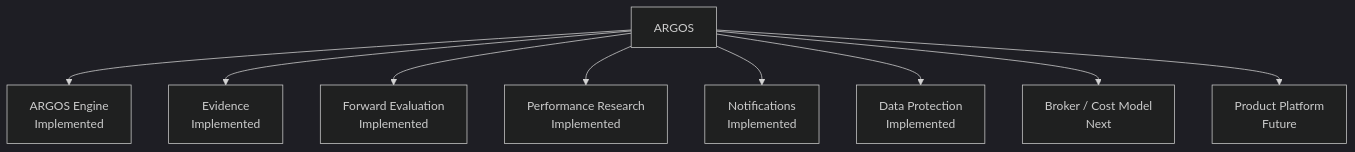
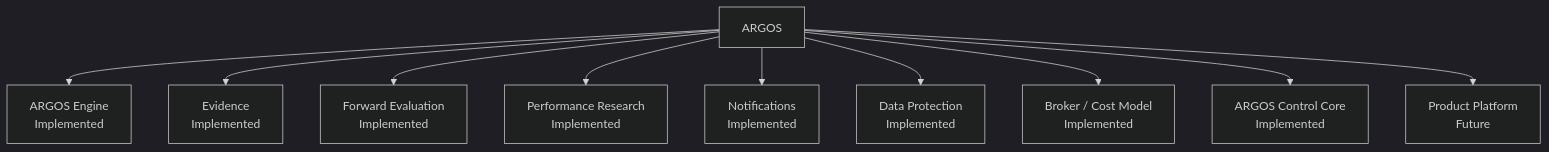
Before and after one commit to Alejandro-MOP/argos: the diagram in README.md, drawn with Mermaid (dark theme). The commit also changed other lines of this file and 15 other files, not shown here.

Commit message:
feat: add telegram control core

````diff
--- a/README.md
+++ b/README.md
@@ -45,11 +47,12 @@
 ```mermaid
 flowchart TD
   A[ARGOS] --> B[ARGOS Engine<br/>Implemented]
   A --> C[Evidence<br/>Implemented]
   A --> D[Forward Evaluation<br/>Implemented]
   A --> E[Performance Research<br/>Implemented]
   A --> F[Notifications<br/>Implemented]
   A --> G[Data Protection<br/>Implemented]
-  A --> H[Broker / Cost Model<br/>Next]
-  A --> I[Product Platform<br/>Future]
+  A --> H[Broker / Cost Model<br/>Implemented]
+  A --> I[ARGOS Control Core<br/>Implemented]
+  A --> J[Product Platform<br/>Future]
 ```
````
